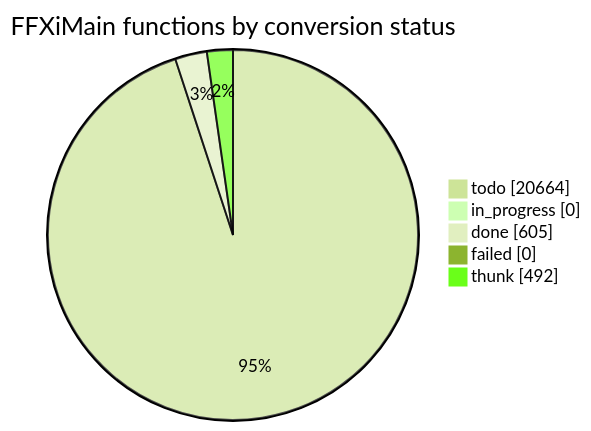
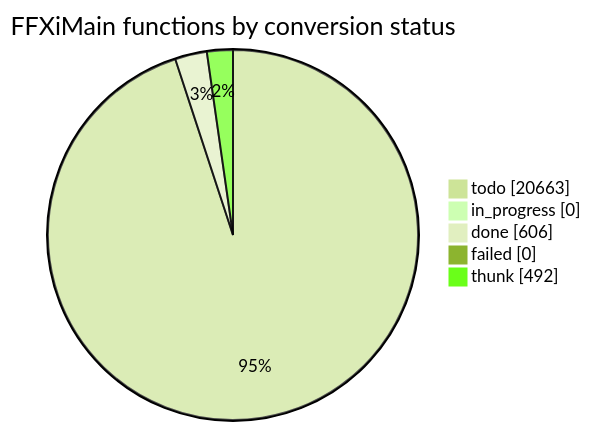
The diagram in docs/cow/STATUS.md (cowrevenge/cow_kuluu_xi_anything), drawn with Mermaid (forest theme) before and after one commit. The commit also changed other lines of this file and 9 other files, not shown here.

````diff
--- a/docs/cow/STATUS.md
+++ b/docs/cow/STATUS.md
@@ -18,9 +18,9 @@
 ```mermaid
 pie showData
     title FFXiMain functions by conversion status
-    "todo" : 20664
+    "todo" : 20663
     "in_progress" : 0
-    "done" : 605
+    "done" : 606
     "failed" : 0
     "thunk" : 492
 ```
````
